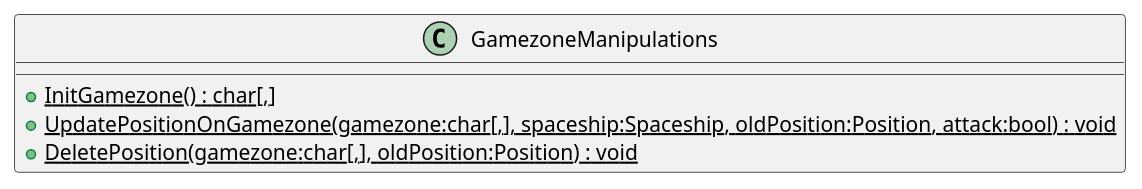
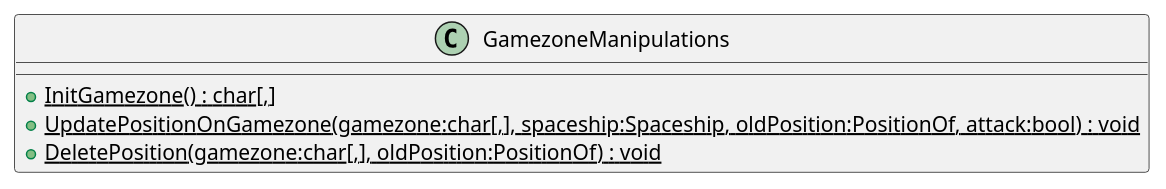
Before and after one commit to 19vano97/levelUpOOP: the diagram in plantuml/Galaga/GamezoneManipulations.puml, drawn with PlantUML. The commit also changed 30 other files, not shown here.

Commit message:
fix galaga to fraw a class diagram

```diff
--- a/plantuml/Galaga/GamezoneManipulations.puml
+++ b/plantuml/Galaga/GamezoneManipulations.puml
@@ -1,7 +1,7 @@
 @startuml
 class GamezoneManipulations {
     + {static} InitGamezone() : char[,]
-    + {static} UpdatePositionOnGamezone(gamezone:char[,], spaceship:Spaceship, oldPosition:Position, attack:bool) : void
-    + {static} DeletePosition(gamezone:char[,], oldPosition:Position) : void
+    + {static} UpdatePositionOnGamezone(gamezone:char[,], spaceship:Spaceship, oldPosition:PositionOf, attack:bool) : void
+    + {static} DeletePosition(gamezone:char[,], oldPosition:PositionOf) : void
 }
 @enduml
```
